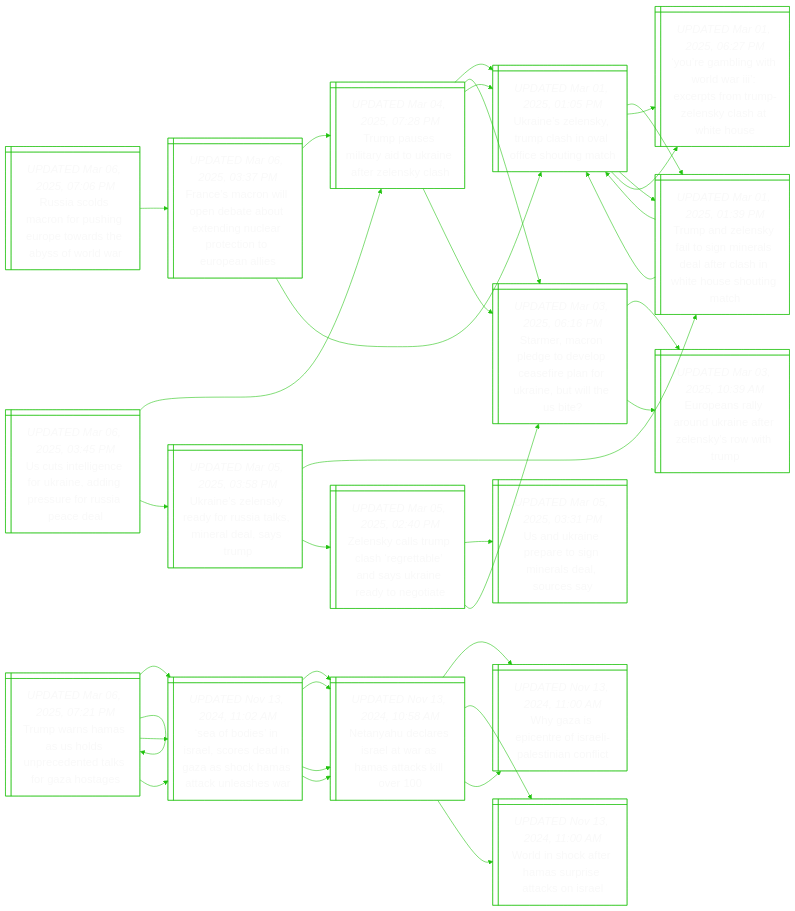
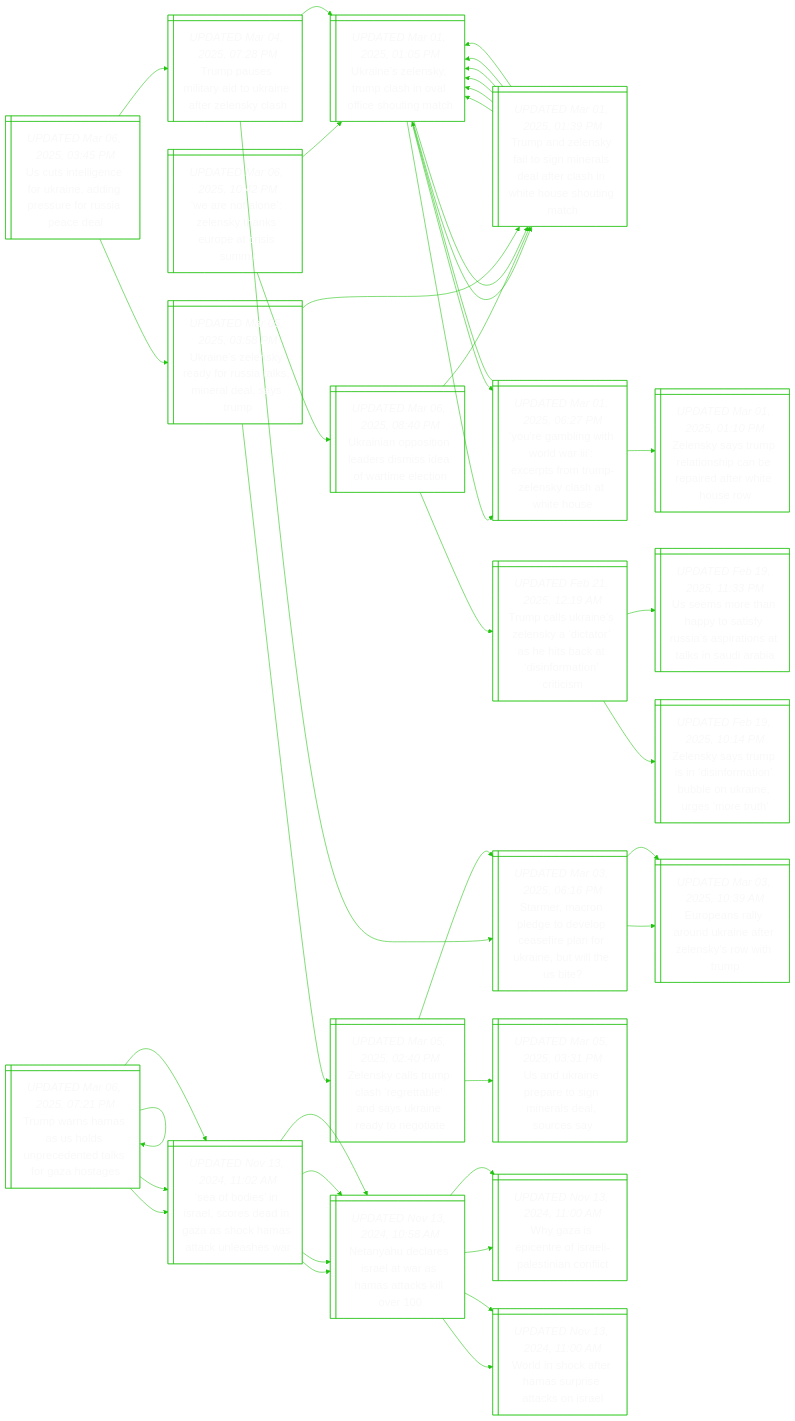
Before and after one commit to notJmes/notJmes: the diagram in README.md, drawn with Mermaid. The commit also changed other lines of this file, not shown here.

```diff
--- a/README.md
+++ b/README.md
@@ -15,6 +15,52 @@
 %%{init: {'theme':'base', 'themeVariables': {'primaryColor': "transparent", 'primaryTextColor': "#F9F9F9", 'lineColor': "#20C20E", 'primaryBorderColor':'#20C20E'}}}%%
 flowchart LR
 classDef txtsize font-size:20px;
+
+Wnolykocsi@{ shape: win-pane, label: "_UPDATED Mar 06, 2025, 10:42 PM_
+‘we are not alone’: zelensky thanks europe at crisis summit" }
+Unlyphaiogh@{ shape: win-pane, label: "_UPDATED Mar 01, 2025, 01:05 PM_
+Ukraine’s zelensky, trump clash in oval office shouting match" }
+TalytnretaWHsit@{ shape: win-pane, label: "_UPDATED Mar 01, 2025, 01:39 PM_
+Trump and zelensky fail to sign minerals deal after clash in white house shouting match" }
+Unlyphaiogh@{ shape: win-pane, label: "_UPDATED Mar 01, 2025, 01:05 PM_
+Ukraine’s zelensky, trump clash in oval office shouting match" }
+Unlyphaiogh@{ shape: win-pane, label: "_UPDATED Mar 01, 2025, 01:05 PM_
+Ukraine’s zelensky, trump clash in oval office shouting match" }
+YgitlIcsTZsaWH@{ shape: win-pane, label: "_UPDATED Mar 01, 2025, 06:27 PM_
+‘you’re gambling with world war iii’: excerpts from trump-zelensky clash at white house" }
+Unlyphaiogh@{ shape: win-pane, label: "_UPDATED Mar 01, 2025, 01:05 PM_
+Ukraine’s zelensky, trump clash in oval office shouting match" }
+Zsymasaeeets@{ shape: win-pane, label: "_UPDATED Mar 01, 2025, 01:10 PM_
+Zelensky says trump relationship can be repaired after white house row" }
+Unptesieaet@{ shape: win-pane, label: "_UPDATED Mar 06, 2025, 08:40 PM_
+Ukrainian opposition leaders dismiss idea of wartime election" }
+TcUnlytaicioiis@{ shape: win-pane, label: "_UPDATED Feb 21, 2025, 12:19 AM_
+Trump calls ukraine’s zelensky a ‘dictator’ as he hits back at ‘disinformation’ criticism" }
+Umehtiusrnanii@{ shape: win-pane, label: "_UPDATED Feb 19, 2025, 11:33 PM_
+Us seems more than happy to satisfy russia’s aspirations at talks in saudi arabia" }
+Zsymnnaberumr@{ shape: win-pane, label: "_UPDATED Feb 19, 2025, 10:14 PM_
+Zelensky says trump is in ‘disinformation’ bubble on ukraine, urges ‘more truth’" }
+TalytnretaWHsit@{ shape: win-pane, label: "_UPDATED Mar 01, 2025, 01:39 PM_
+Trump and zelensky fail to sign minerals deal after clash in white house shouting match" }
+Unlyphaiogh@{ shape: win-pane, label: "_UPDATED Mar 01, 2025, 01:05 PM_
+Ukraine’s zelensky, trump clash in oval office shouting match" }
+Unlyphaiogh@{ shape: win-pane, label: "_UPDATED Mar 01, 2025, 01:05 PM_
+Ukraine’s zelensky, trump clash in oval office shouting match" }
+
+Wnolykocsi:::txtsize --> Unlyphaiogh:::txtsize
+Unlyphaiogh:::txtsize --> TalytnretaWHsit:::txtsize
+TalytnretaWHsit:::txtsize --> Unlyphaiogh:::txtsize
+TalytnretaWHsit:::txtsize --> Unlyphaiogh:::txtsize
+Unlyphaiogh:::txtsize --> YgitlIcsTZsaWH:::txtsize
+YgitlIcsTZsaWH:::txtsize --> Unlyphaiogh:::txtsize
+YgitlIcsTZsaWH:::txtsize --> Zsymasaeeets:::txtsize
+Wnolykocsi:::txtsize --> Unptesieaet:::txtsize
+Unptesieaet:::txtsize --> TcUnlytaicioiis:::txtsize
+TcUnlytaicioiis:::txtsize --> Umehtiusrnanii:::txtsize
+TcUnlytaicioiis:::txtsize --> Zsymnnaberumr:::txtsize
+Unptesieaet:::txtsize --> TalytnretaWHsit:::txtsize
+TalytnretaWHsit:::txtsize --> Unlyphaiogh:::txtsize
+TalytnretaWHsit:::txtsize --> Unlyphaiogh:::txtsize
 
 UslnridrrRae@{ shape: win-pane, label: "_UPDATED Mar 06, 2025, 03:45 PM_
 Us cuts intelligence for ukraine, adding pressure for russia peace deal" }
@@ -61,31 +107,6 @@
 UnlyyutmalT:::txtsize --> Zsluagansiani:::txtsize
 Zsluagansiani:::txtsize --> UUnpomaara:::txtsize
 Zsluagansiani:::txtsize --> Sereolarnkeiet:::txtsize
-
-Radrrirosbfd@{ shape: win-pane, label: "_UPDATED Mar 06, 2025, 07:06 PM_
-Russia scolds macron for pushing europe towards the abyss of world war" }
-FerlntuegeoiEel@{ shape: win-pane, label: "_UPDATED Mar 06, 2025, 03:37 PM_
-France’s macron will open debate about extending nuclear protection to european allies" }
-Tpstikernl@{ shape: win-pane, label: "_UPDATED Mar 04, 2025, 07:28 PM_
-Trump pauses military aid to ukraine after zelensky clash" }
-Unlyphaiogh@{ shape: win-pane, label: "_UPDATED Mar 01, 2025, 01:05 PM_
-Ukraine’s zelensky, trump clash in oval office shouting match" }
-Sereolarnkeiet@{ shape: win-pane, label: "_UPDATED Mar 03, 2025, 06:16 PM_
-Starmer, macron pledge to develop ceasefire plan for ukraine, but will the us bite?" }
-Unlyphaiogh@{ shape: win-pane, label: "_UPDATED Mar 01, 2025, 01:05 PM_
-Ukraine’s zelensky, trump clash in oval office shouting match" }
-TalytnretaWHsit@{ shape: win-pane, label: "_UPDATED Mar 01, 2025, 01:39 PM_
-Trump and zelensky fail to sign minerals deal after clash in white house shouting match" }
-YgitlIcsTZsaWH@{ shape: win-pane, label: "_UPDATED Mar 01, 2025, 06:27 PM_
-‘you’re gambling with world war iii’: excerpts from trump-zelensky clash at white house" }
-
-Radrrirosbfd:::txtsize --> FerlntuegeoiEel:::txtsize
-FerlntuegeoiEel:::txtsize --> Tpstikernl:::txtsize
-Tpstikernl:::txtsize --> Unlyphaiogh:::txtsize
-Tpstikernl:::txtsize --> Sereolarnkeiet:::txtsize
-FerlntuegeoiEel:::txtsize --> Unlyphaiogh:::txtsize
-Unlyphaiogh:::txtsize --> TalytnretaWHsit:::txtsize
-Unlyphaiogh:::txtsize --> YgitlIcsTZsaWH:::txtsize
 
 TwHaoneekGoe@{ shape: win-pane, label: "_UPDATED Mar 06, 2025, 07:21 PM_
 Trump warns hamas as us holds unprecedented talks for gaza hostages" }
```
